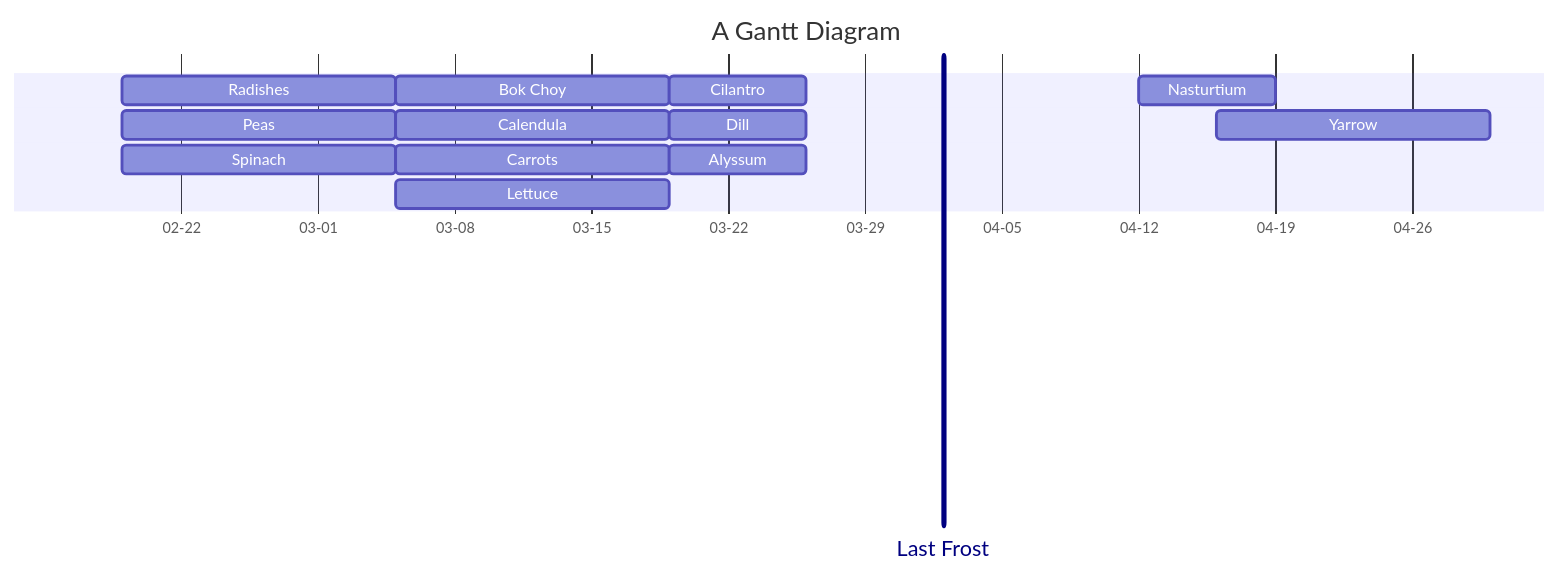
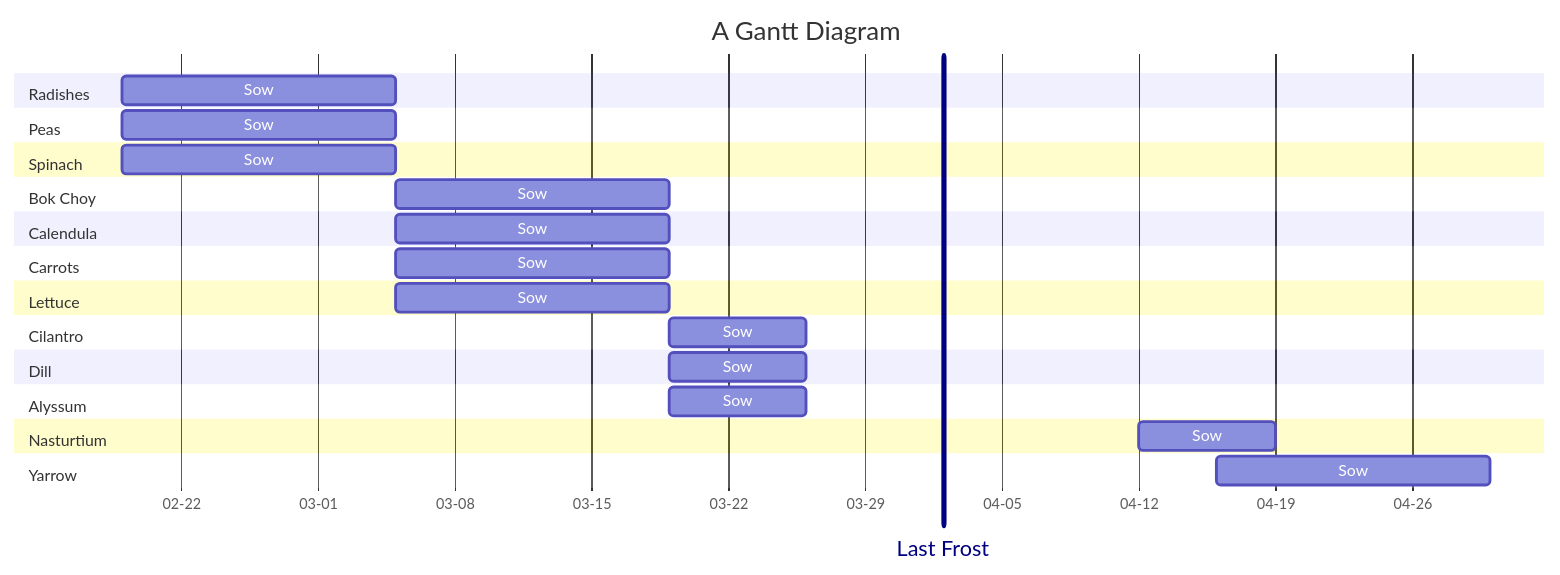
Before and after one commit to bjenning04/foam: the diagram in 2026-planting-schedule.md, drawn with Mermaid.

Commit message:
Feb 21, 2026, 8:54 PM

````diff
--- a/2026-planting-schedule.md
+++ b/2026-planting-schedule.md
@@ -3,22 +3,34 @@
 ```mermaid
 ---
 displayMode: compact
 ---
 gantt
     title A Gantt Diagram
     dateFormat YYYY-MM-DD
     axisFormat %m-%d
     Last Frost: vert, v1, 2026-04-02,
-    Radishes: 2026-02-19, 14d
-    Peas: 2026-02-19, 14d
-    Spinach: 2026-02-19, 14d
-    Bok Choy: 2026-03-05, 14d
-    Calendula: 2026-03-05, 14d
-    Carrots: 2026-03-05, 14d
-    Lettuce: 2026-03-05, 14d
-    Cilantro: 2026-03-19, 7d
-    Dill: 2026-03-19, 7d
-    Alyssum: 2026-03-19, 7d
-    Nasturtium: 2026-04-12, 7d
-    Yarrow: 2026-04-16, 14d
+    Section Radishes
+        Sow: 2026-02-19, 14d
+    Section Peas
+        Sow: 2026-02-19, 14d
+    Section Spinach
+        Sow: 2026-02-19, 14d
+    Section Bok Choy
+        Sow: 2026-03-05, 14d
+    Section Calendula
+        Sow: 2026-03-05, 14d
+    Section Carrots
+        Sow: 2026-03-05, 14d
+    Section Lettuce
+        Sow: 2026-03-05, 14d
+    Section Cilantro
+        Sow: 2026-03-19, 7d
+    Section Dill
+        Sow: 2026-03-19, 7d
+    Section Alyssum
+        Sow: 2026-03-19, 7d
+    Section Nasturtium
+        Sow: 2026-04-12, 7d
+    Section Yarrow
+        Sow: 2026-04-16, 14d
 ```
````
